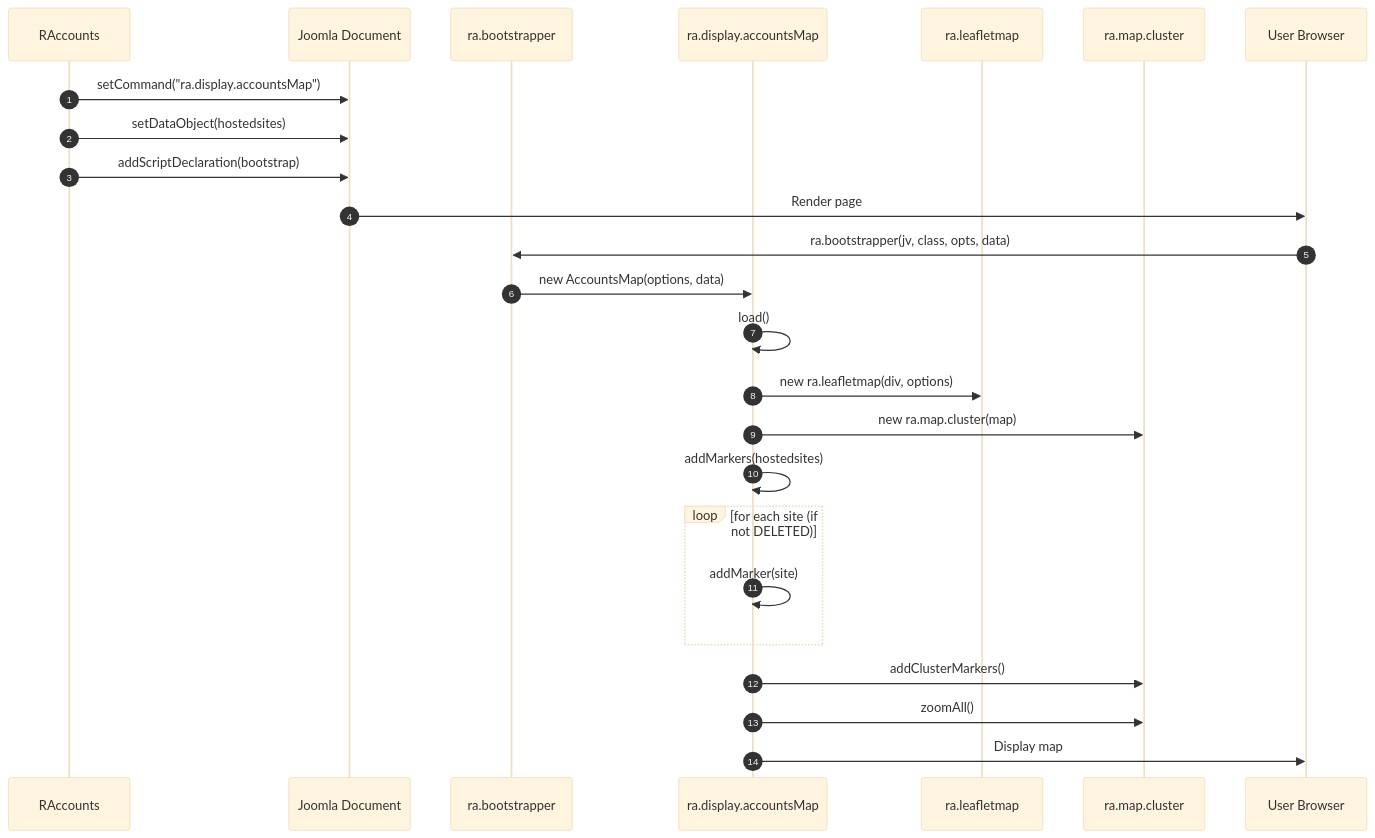
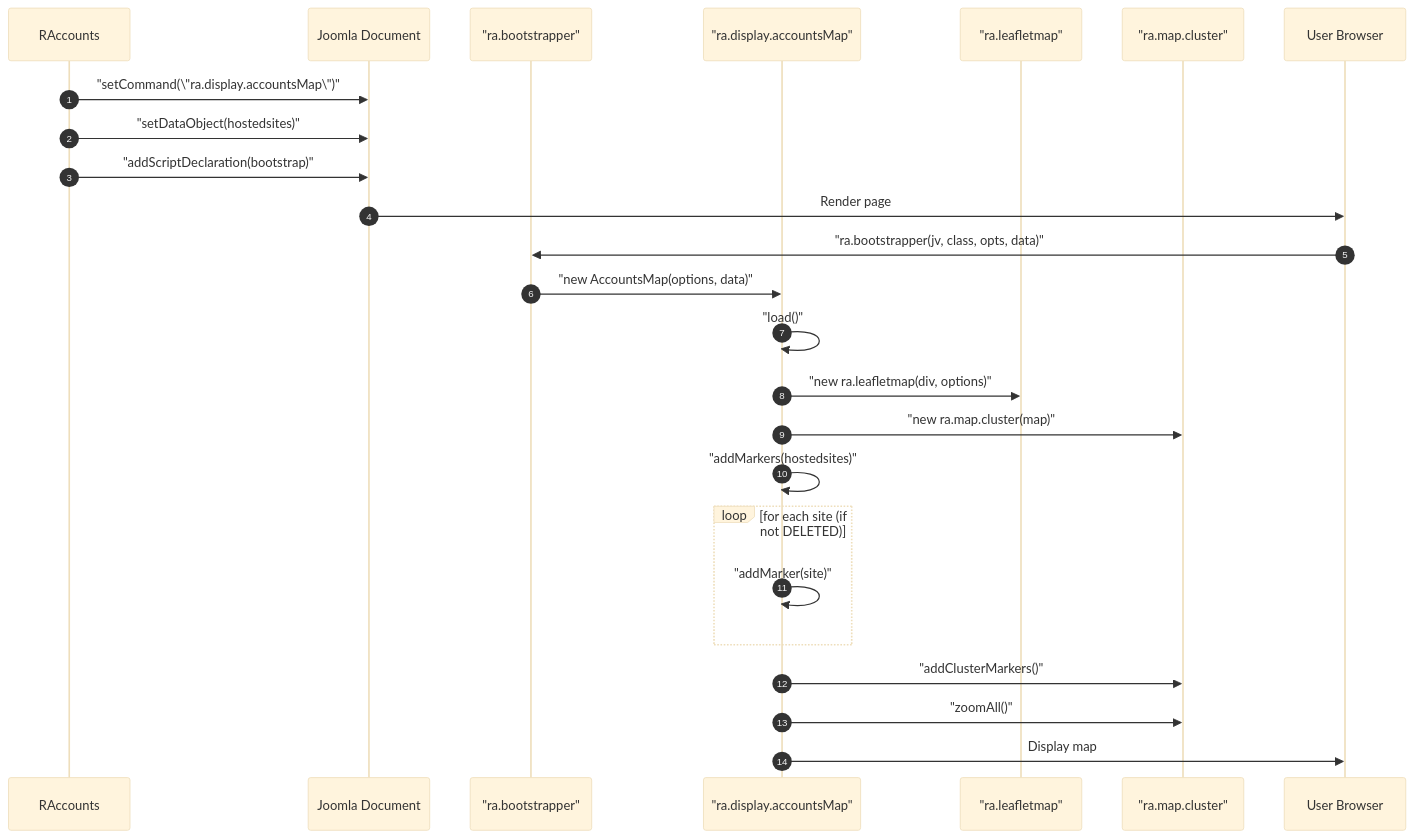
Before and after one commit to pauljrhodes/ramblers-library: the second of 3 diagrams in media/accounts/HLD.md, drawn with Mermaid (base theme). The commit also changed other lines of this file and 33 other files, not shown here.

Commit message:
Normalize Mermaid diagrams for GitHub rendering

````diff
--- a/media/accounts/HLD.md
+++ b/media/accounts/HLD.md
@@ -80,28 +80,28 @@
 ```mermaid
 sequenceDiagram
     autonumber
     participant PHP as RAccounts
     participant Doc as Joomla Document
-    participant Bootstrap as ra.bootstrapper
-    participant AccountsMap as ra.display.accountsMap
-    participant LeafletMap as ra.leafletmap
-    participant Cluster as ra.map.cluster
+    participant Bootstrap as "ra.bootstrapper"
+    participant AccountsMap as "ra.display.accountsMap"
+    participant LeafletMap as "ra.leafletmap"
+    participant Cluster as "ra.map.cluster"
     participant User as User Browser
 
-    PHP->>Doc: setCommand("ra.display.accountsMap")
-    PHP->>Doc: setDataObject(hostedsites)
-    PHP->>Doc: addScriptDeclaration(bootstrap)
+    PHP->>Doc: "setCommand(\"ra.display.accountsMap\")"
+    PHP->>Doc: "setDataObject(hostedsites)"
+    PHP->>Doc: "addScriptDeclaration(bootstrap)"
     Doc->>User: Render page
-    User->>Bootstrap: ra.bootstrapper(jv, class, opts, data)
-    Bootstrap->>AccountsMap: new AccountsMap(options, data)
-    AccountsMap->>AccountsMap: load()
-    AccountsMap->>LeafletMap: new ra.leafletmap(div, options)
-    AccountsMap->>Cluster: new ra.map.cluster(map)
-    AccountsMap->>AccountsMap: addMarkers(hostedsites)
+    User->>Bootstrap: "ra.bootstrapper(jv, class, opts, data)"
+    Bootstrap->>AccountsMap: "new AccountsMap(options, data)"
+    AccountsMap->>AccountsMap: "load()"
+    AccountsMap->>LeafletMap: "new ra.leafletmap(div, options)"
+    AccountsMap->>Cluster: "new ra.map.cluster(map)"
+    AccountsMap->>AccountsMap: "addMarkers(hostedsites)"
     loop for each site (if not DELETED)
-        AccountsMap->>AccountsMap: addMarker(site)
+        AccountsMap->>AccountsMap: "addMarker(site)"
     end
-    AccountsMap->>Cluster: addClusterMarkers()
-    AccountsMap->>Cluster: zoomAll()
+    AccountsMap->>Cluster: "addClusterMarkers()"
+    AccountsMap->>Cluster: "zoomAll()"
     AccountsMap->>User: Display map
 ```
````
